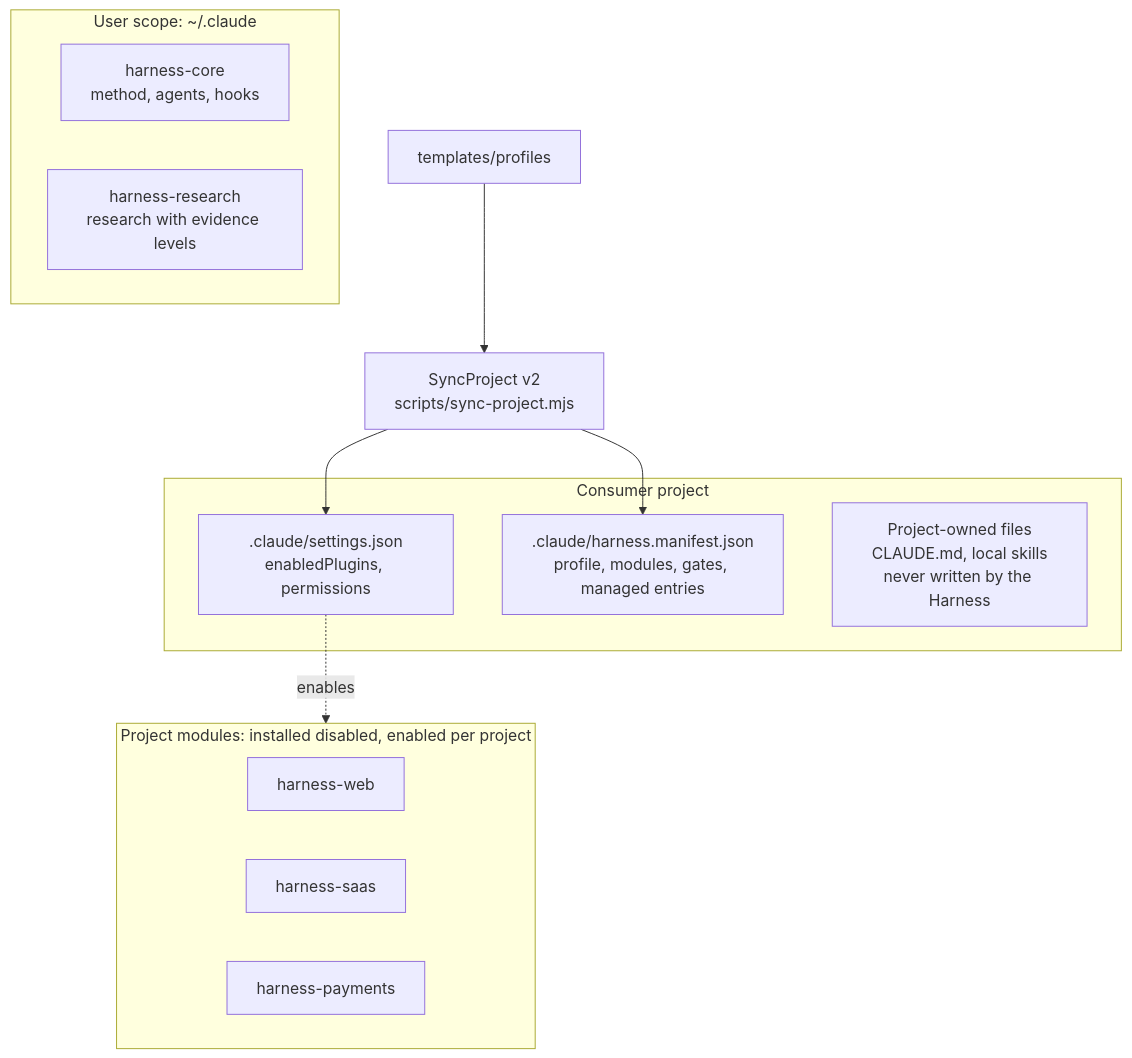
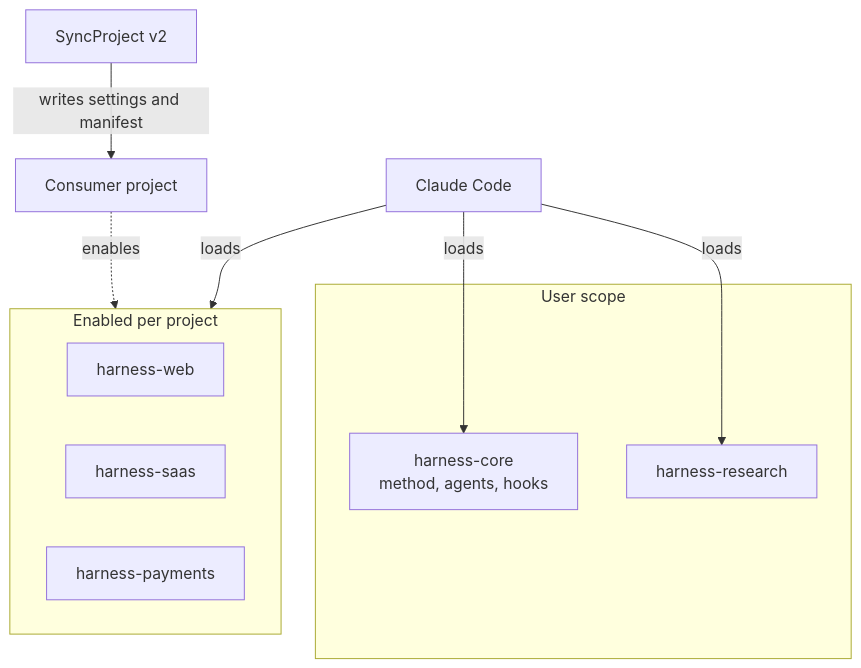
One commit to MarBlanco/ClaudeCode-agentes-skills changed the first of 3 diagrams in README.md. Above: the diagram before and after it, drawn with Mermaid. The commit also changed other lines of this file, not shown here.

Commit message:
docs: README más conciso y profesional; corrige estructura del repo, instalación, diagramas y controles de seguridad

````diff
--- a/README.md
+++ b/README.md
@@ -31,23 +33,18 @@
 ```mermaid
-flowchart TB
-  subgraph User["User scope: ~/.claude"]
+flowchart TD
+  CC["Claude Code"]
+  subgraph U["User scope"]
     CORE["harness-core<br/>method, agents, hooks"]
-    RES["harness-research<br/>research with evidence levels"]
+    RES["harness-research"]
   end
-  subgraph Modules["Project modules: installed disabled, enabled per project"]
+  subgraph M["Enabled per project"]
     WEB["harness-web"]
     SAAS["harness-saas"]
     PAY["harness-payments"]
   end
-  subgraph Project["Consumer project"]
-    SET[".claude/settings.json<br/>enabledPlugins, permissions"]
-    MAN[".claude/harness.manifest.json<br/>profile, modules, gates, managed entries"]
-    OWN["Project-owned files<br/>CLAUDE.md, local skills<br/>never written by the Harness"]
-  end
-  PROF["templates/profiles"]
-  SYNC["SyncProject v2<br/>scripts/sync-project.mjs"]
-  PROF --> SYNC
-  SYNC --> SET
-  SYNC --> MAN
-  SET -.->|"enables"| Modules
+  SYNC["SyncProject v2"] -->|"writes settings and manifest"| PRJ["Consumer project"]
+  PRJ -.->|"enables"| M
+  CC -->|"loads"| CORE
+  CC -->|"loads"| RES
+  CC -->|"loads"| M
 ```
````
